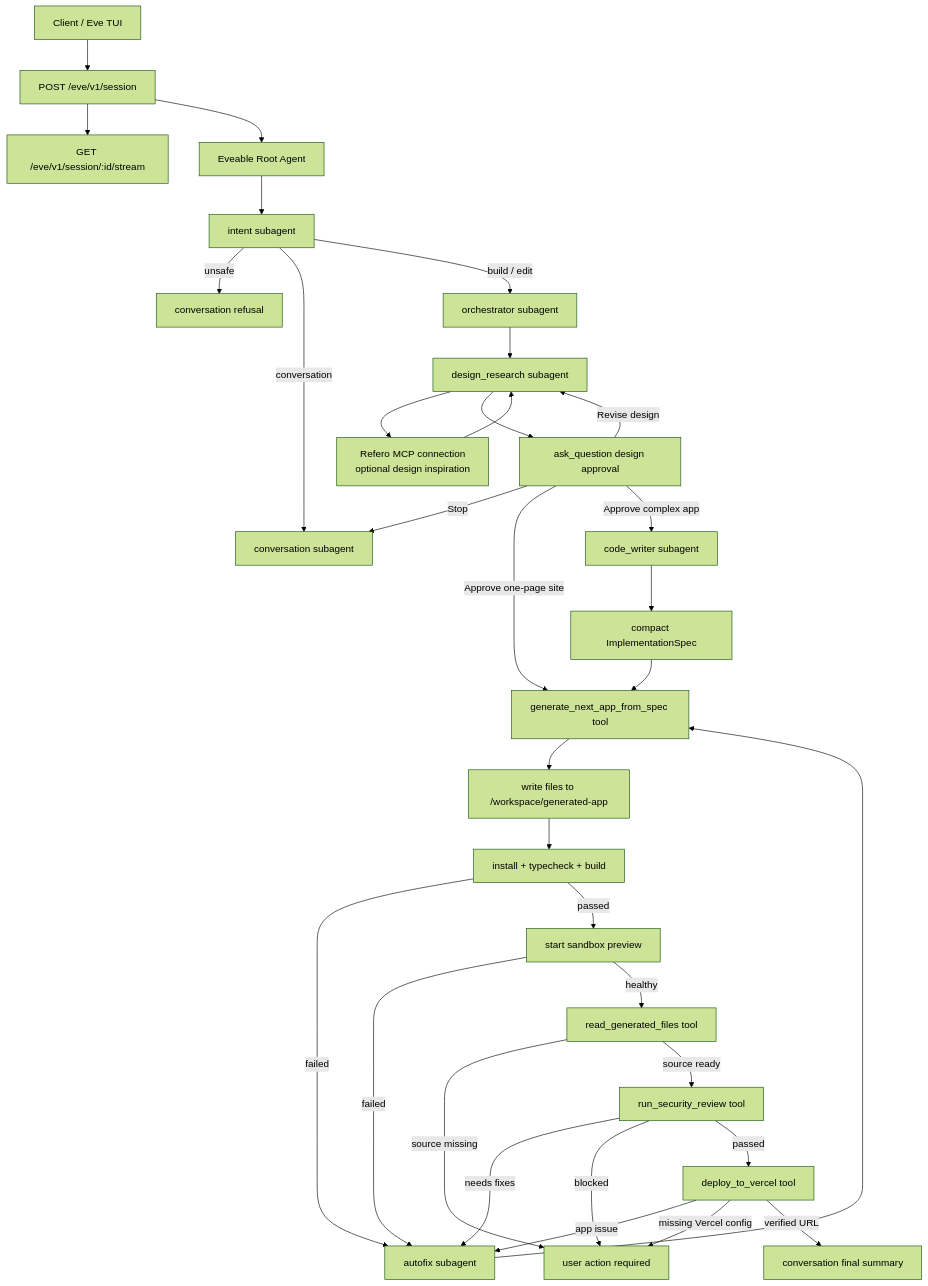
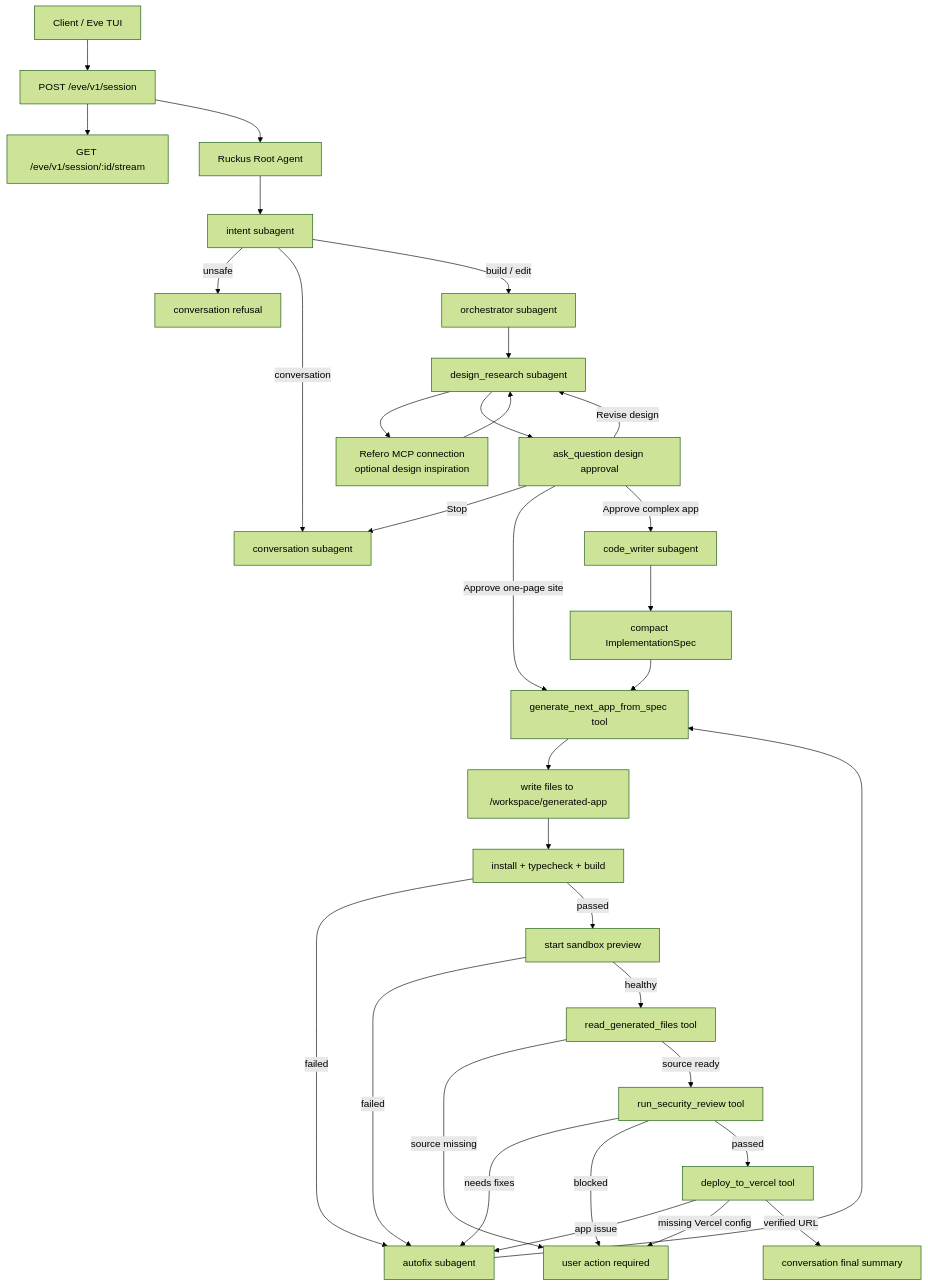
The diagram in README.md (jakesixtyoneeighty/ruckus), drawn with Mermaid (forest theme) before and after one commit. The commit also changed other lines of this file and 30 other files, not shown here.

````diff
--- a/README.md
+++ b/README.md
@@ -26,50 +26,50 @@
 ```mermaid
 flowchart TD
   User["Client / Eve TUI"]
   Session["POST /eve/v1/session"]
   Stream["GET /eve/v1/session/:id/stream"]
-  Root["Eveable Root Agent"]
+  Root["Ruckus Root Agent"]
 
   User --> Session
   Session --> Stream
   Session --> Root
 
   Root --> Intent["intent subagent"]
 
   Intent -->|"unsafe"| Refusal["conversation refusal"]
   Intent -->|"conversation"| Conversation["conversation subagent"]
   Intent -->|"build / edit"| Orchestrator["orchestrator subagent"]
 
   Orchestrator --> Design["design_research subagent"]
   Design --> Refero["Refero MCP connection\noptional design inspiration"]
   Refero --> Design
   Design --> Approval["ask_question design approval"]
 
   Approval -->|"Revise design"| Design
   Approval -->|"Stop"| Conversation
   Approval -->|"Approve one-page site"| Generator["generate_next_app_from_spec tool"]
   Approval -->|"Approve complex app"| CodeWriter["code_writer subagent"]
 
   CodeWriter --> Spec["compact ImplementationSpec"]
   Spec --> Generator
 
   Generator --> Write["write files to /workspace/generated-app"]
   Write --> Validate["install + typecheck + build"]
   Validate -->|"failed"| Autofix["autofix subagent"]
   Validate -->|"passed"| Preview["start sandbox preview"]
   Preview -->|"failed"| Autofix
   Preview -->|"healthy"| ReadSource["read_generated_files tool"]
 
   Autofix --> Generator
 
   ReadSource -->|"source missing"| UserAction["user action required"]
   ReadSource -->|"source ready"| Security["run_security_review tool"]
 
   Security -->|"needs fixes"| Autofix
   Security -->|"blocked"| UserAction
   Security -->|"passed"| Deploy["deploy_to_vercel tool"]
 
   Deploy -->|"app issue"| Autofix
   Deploy -->|"missing Vercel config"| UserAction
   Deploy -->|"verified URL"| Final["conversation final summary"]
 ```
````
